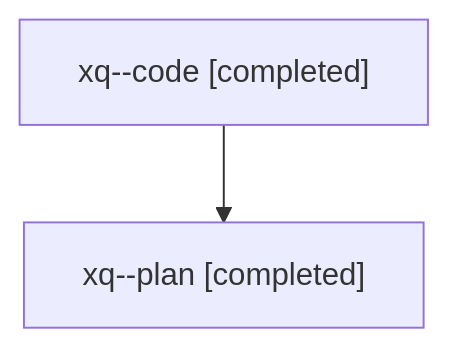
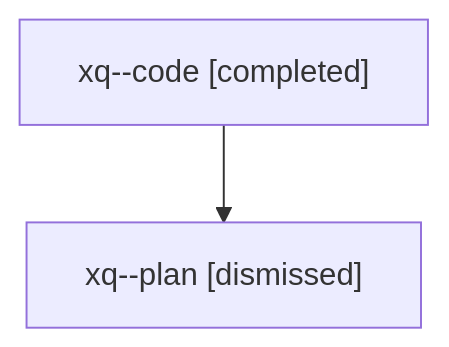
One commit to sase-org/sase--agents changed the diagram in families/bbugyi200.athena.xq.md. Above: the diagram before and after it, drawn with Mermaid. The commit also changed other lines of this file and 1973 other files, not shown here.

````diff
--- a/families/bbugyi200.athena.xq.md
+++ b/families/bbugyi200.athena.xq.md
@@ -9,6 +9,6 @@
 ```mermaid
 flowchart TD
   n0["xq--code [completed]"]
-  n1["xq--plan [completed]"]
+  n1["xq--plan [dismissed]"]
   n0 --> n1
 ```
````
